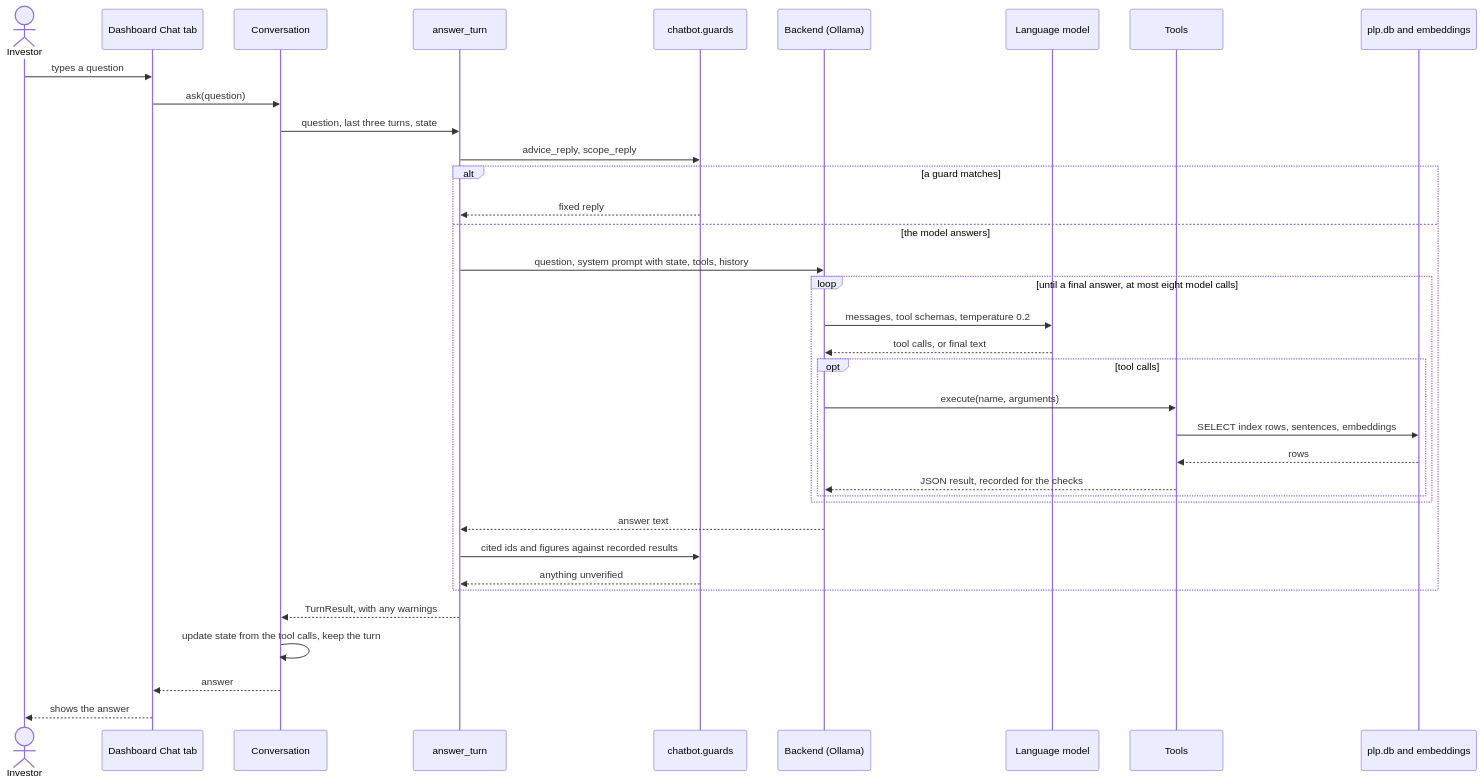
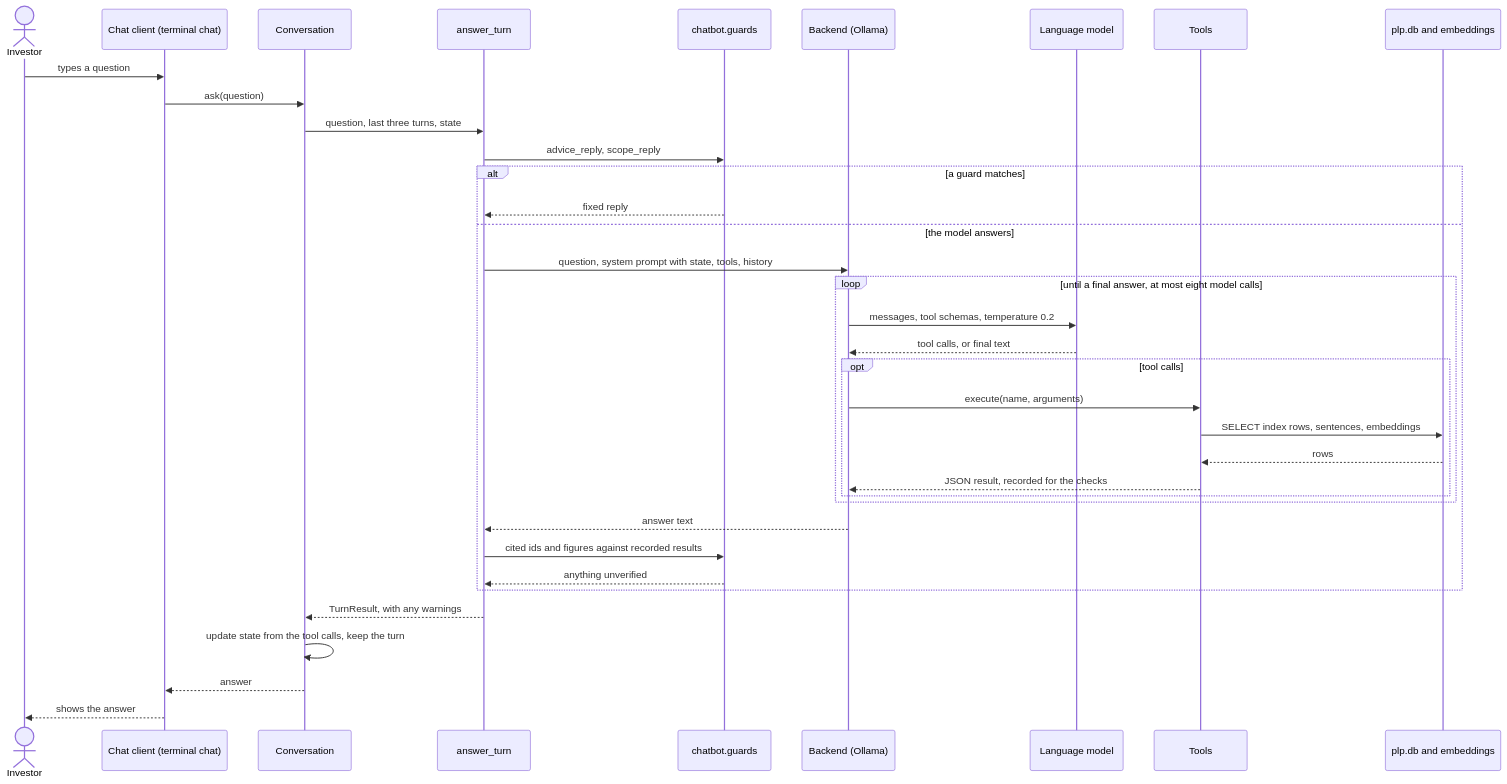
Before and after one commit to Gavingyh/plp-project: the diagram in docs/diagrams/src/08-chatbot-sequence.mmd, drawn with Mermaid. The commit also changed 62 other files, not shown here.

First line of the commit message:
Hand the dashboard to its own project; expose everything through the API

```diff
--- a/docs/diagrams/src/08-chatbot-sequence.mmd
+++ b/docs/diagrams/src/08-chatbot-sequence.mmd
@@ -1,40 +1,40 @@
 sequenceDiagram
-  accTitle: Chatbot sequence from the dashboard
-  accDescr: The Chat tab hands the question to the conversation, which runs the guards, then the model's tool loop against the database, then the output checks, and updates its state.
+  accTitle: Chatbot sequence from a chat client
+  accDescr: The chat client hands the question to the conversation, which runs the guards, then the model's tool loop against the database, then the output checks, and updates its state.
 
   actor user as Investor
-  participant ui as Dashboard Chat tab
+  participant ui as Chat client (terminal chat)
   participant conv as Conversation
   participant turn as answer_turn
   participant g as chatbot.guards
   participant be as Backend (Ollama)
   participant llm as Language model
   participant tools as Tools
   participant db as plp.db and embeddings
 
   user->>ui: types a question
   ui->>conv: ask(question)
   conv->>turn: question, last three turns, state
   turn->>g: advice_reply, scope_reply
   alt a guard matches
     g-->>turn: fixed reply
   else the model answers
     turn->>be: question, system prompt with state, tools, history
     loop until a final answer, at most eight model calls
       be->>llm: messages, tool schemas, temperature 0.2
       llm-->>be: tool calls, or final text
       opt tool calls
         be->>tools: execute(name, arguments)
         tools->>db: SELECT index rows, sentences, embeddings
         db-->>tools: rows
         tools-->>be: JSON result, recorded for the checks
       end
     end
     be-->>turn: answer text
     turn->>g: cited ids and figures against recorded results
     g-->>turn: anything unverified
   end
   turn-->>conv: TurnResult, with any warnings
   conv->>conv: update state from the tool calls, keep the turn
   conv-->>ui: answer
   ui-->>user: shows the answer
```
